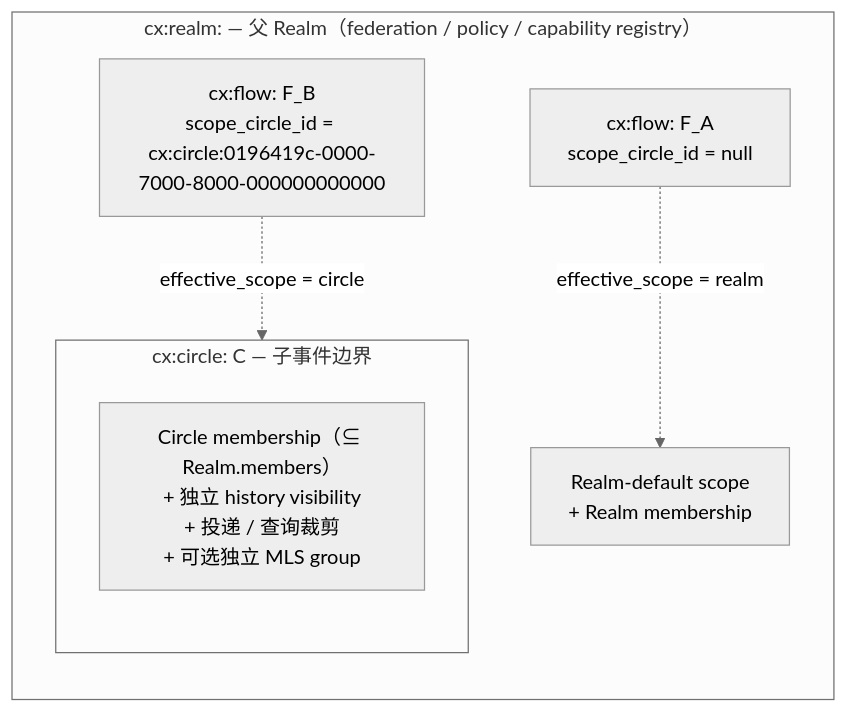
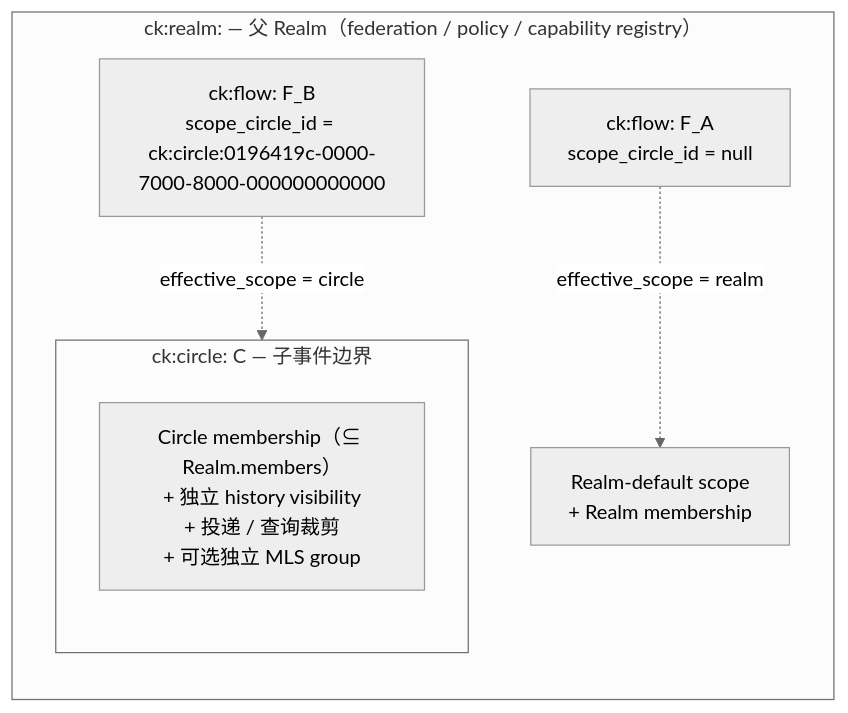
Before and after one commit to arkret-org/arkret-spec: the diagram in spec/v1/zh/models/flow-and-message.md, drawn with Mermaid (neutral theme). The commit also changed other lines of this file and 217 other files, not shown here.

````diff
--- a/spec/v1/zh/models/flow-and-message.md
+++ b/spec/v1/zh/models/flow-and-message.md
@@ -319,16 +319,16 @@
 ```mermaid
 flowchart LR
-    subgraph Realm ["cx:realm: — 父 Realm（federation / policy / capability registry）"]
+    subgraph Realm ["ck:realm: — 父 Realm（federation / policy / capability registry）"]
         direction TB
-        FlowA["cx:flow: F_A<br/>scope_circle_id = null"]
-        FlowB["cx:flow: F_B<br/>scope_circle_id = cx:circle:0196419c-0000-7000-8000-000000000000"]
+        FlowA["ck:flow: F_A<br/>scope_circle_id = null"]
+        FlowB["ck:flow: F_B<br/>scope_circle_id = ck:circle:0196419c-0000-7000-8000-000000000000"]
         RealmScope["Realm-default scope<br/>+ Realm membership"]
-        subgraph Circle ["cx:circle: C — 子事件边界"]
+        subgraph Circle ["ck:circle: C — 子事件边界"]
             direction TB
             CircleScope["Circle membership（⊆ Realm.members）<br/>+ 独立 history visibility<br/>+ 投递 / 查询裁剪<br/>+ 可选独立 MLS group"]
         end
 
         FlowA -. "effective_scope = realm" .-> RealmScope
         FlowB -. "effective_scope = circle" .-> CircleScope
     end
 ```
````
